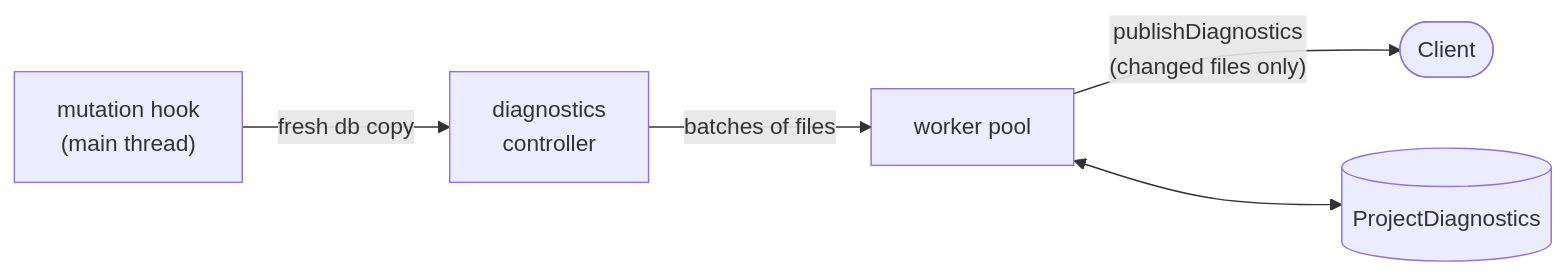
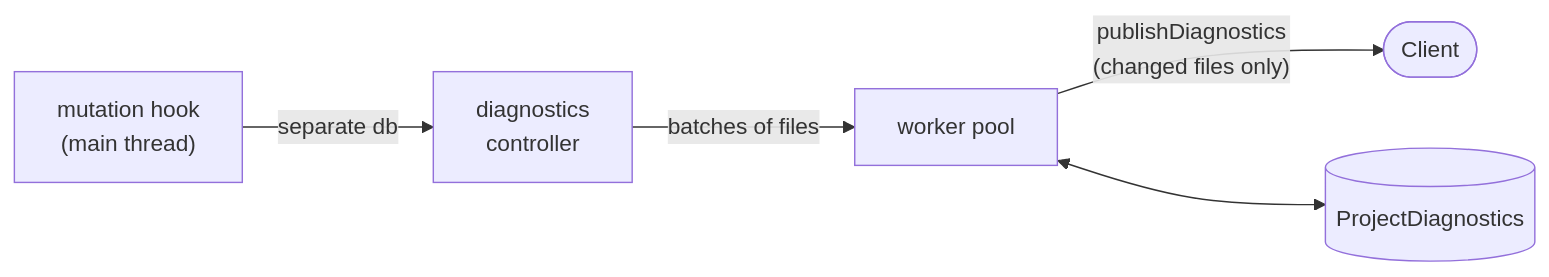
The sixth of 7 diagrams in ARCHITECTURE.md (software-mansion/cairols), drawn with Mermaid before and after one commit. The commit also changed other lines of this file, not shown here.

Commit message:
Adjustments and simplification of graphs

````diff
--- a/ARCHITECTURE.md
+++ b/ARCHITECTURE.md
@@ -242,7 +233,7 @@
 ```mermaid
 flowchart LR
-    hook["mutation hook<br/>(main thread)"] -- "fresh db copy" --> ctrl["diagnostics<br/>controller"]
+    hook["mutation hook<br/>(main thread)"] -- "separate db" --> ctrl["diagnostics<br/>controller"]
     ctrl -- "batches of files" --> workers["worker pool"]
     workers -- "publishDiagnostics<br/>(changed files only)" --> client(["Client"])
     workers <--> pd[("ProjectDiagnostics")]
 ```
````
